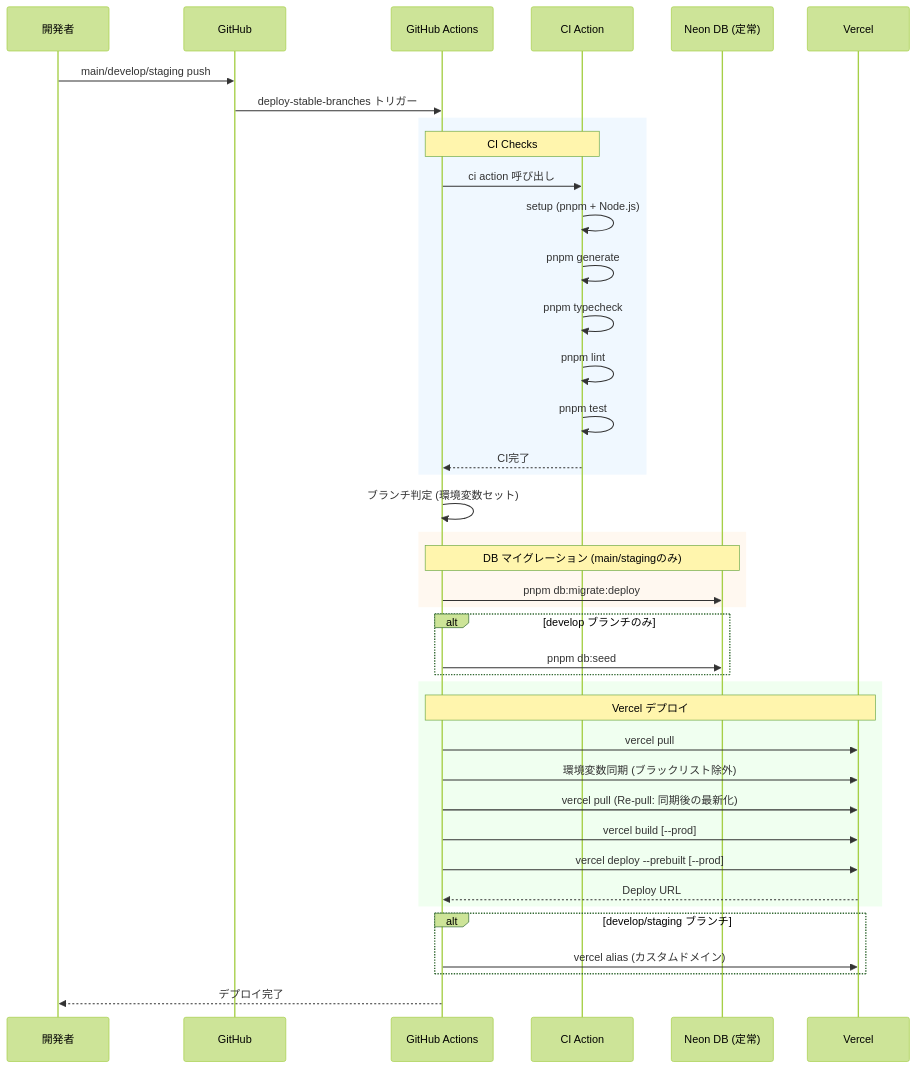
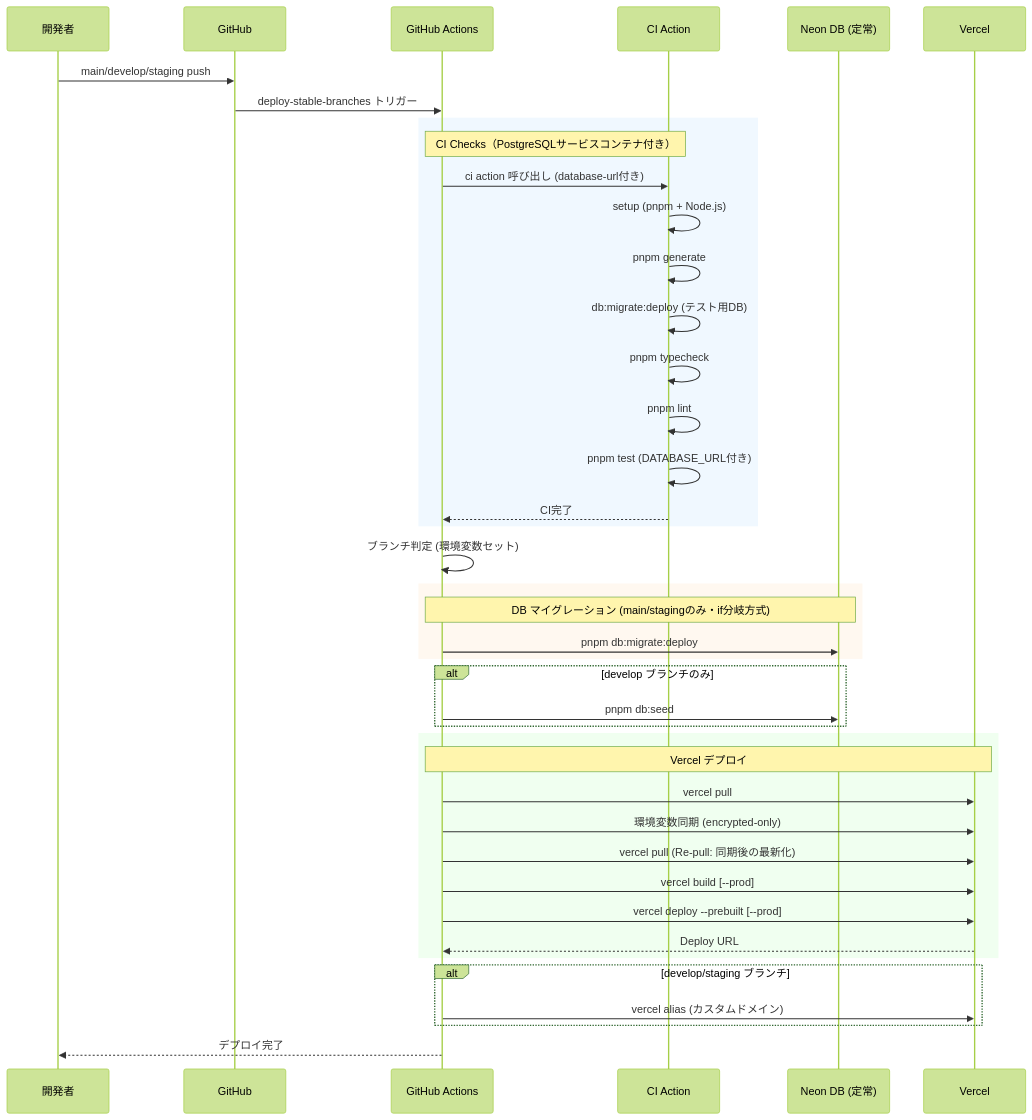
Before and after one commit to einja-inc/einja-management-template: the fifth of 12 diagrams in docs/einja/steering/infrastructure/deployment.md, drawn with Mermaid (forest theme). The commit also changed other lines of this file, not shown here.

````diff
--- a/docs/einja/steering/infrastructure/deployment.md
+++ b/docs/einja/steering/infrastructure/deployment.md
@@ -269,50 +273,51 @@
 ```mermaid
 sequenceDiagram
     participant Dev as 開発者
     participant GH as GitHub
     participant Actions as GitHub Actions
     participant CI as CI Action
     participant Neon as Neon DB (定常)
     participant Vercel as Vercel
 
     Dev->>GH: main/develop/staging push
     GH->>Actions: deploy-stable-branches トリガー
 
     rect rgb(240, 248, 255)
-        Note over Actions,CI: CI Checks
-        Actions->>CI: ci action 呼び出し
+        Note over Actions,CI: CI Checks（PostgreSQLサービスコンテナ付き）
+        Actions->>CI: ci action 呼び出し (database-url付き)
         CI->>CI: setup (pnpm + Node.js)
         CI->>CI: pnpm generate
+        CI->>CI: db:migrate:deploy (テスト用DB)
         CI->>CI: pnpm typecheck
         CI->>CI: pnpm lint
-        CI->>CI: pnpm test
+        CI->>CI: pnpm test (DATABASE_URL付き)
         CI-->>Actions: CI完了
     end
 
     Actions->>Actions: ブランチ判定 (環境変数セット)
 
     rect rgb(255, 248, 240)
-        Note over Actions,Neon: DB マイグレーション (main/stagingのみ)
+        Note over Actions,Neon: DB マイグレーション (main/stagingのみ・if分岐方式)
         Actions->>Neon: pnpm db:migrate:deploy
     end
 
     alt develop ブランチのみ
         Actions->>Neon: pnpm db:seed
     end
 
     rect rgb(240, 255, 240)
         Note over Actions,Vercel: Vercel デプロイ
         Actions->>Vercel: vercel pull
-        Actions->>Vercel: 環境変数同期 (ブラックリスト除外)
+        Actions->>Vercel: 環境変数同期 (encrypted-only)
         Actions->>Vercel: vercel pull (Re-pull: 同期後の最新化)
         Actions->>Vercel: vercel build [--prod]
         Actions->>Vercel: vercel deploy --prebuilt [--prod]
         Vercel-->>Actions: Deploy URL
     end
 
     alt develop/staging ブランチ
         Actions->>Vercel: vercel alias (カスタムドメイン)
     end
 
     Actions-->>Dev: デプロイ完了
 ```
````
